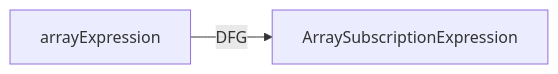
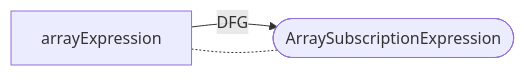
Before and after one commit to Fraunhofer-AISEC/cpg: the tenth of 28 diagrams in cpg-core/specifications/dfg.md, drawn with Mermaid. The commit also changed other lines of this file, not shown here.

````diff
--- a/cpg-core/specifications/dfg.md
+++ b/cpg-core/specifications/dfg.md
@@ -146,4 +151,5 @@
   ```mermaid
   flowchart LR
-    arrayExpression -- DFG --> ArraySubscriptionExpression;
+    arrayExpression -- DFG --> node([ArraySubscriptionExpression]);
+    arrayExpression -.- node;
   ```
````
